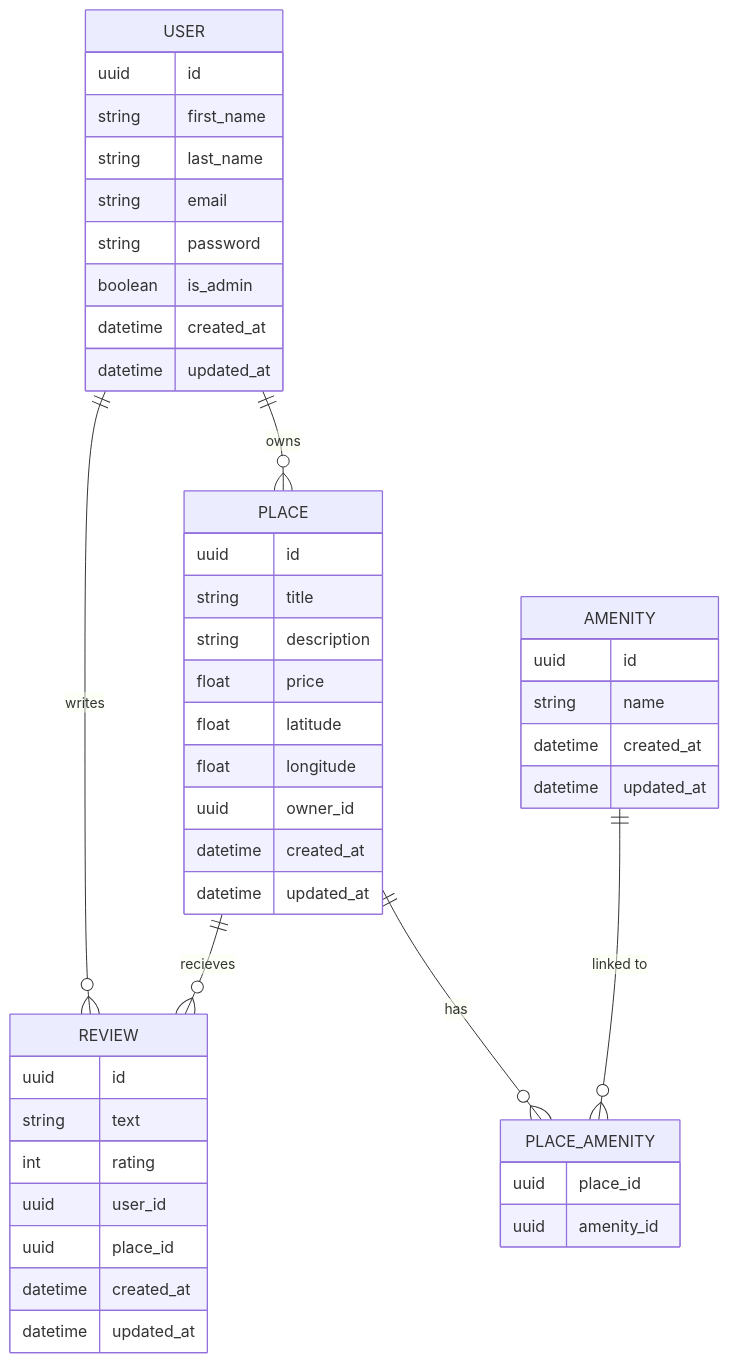
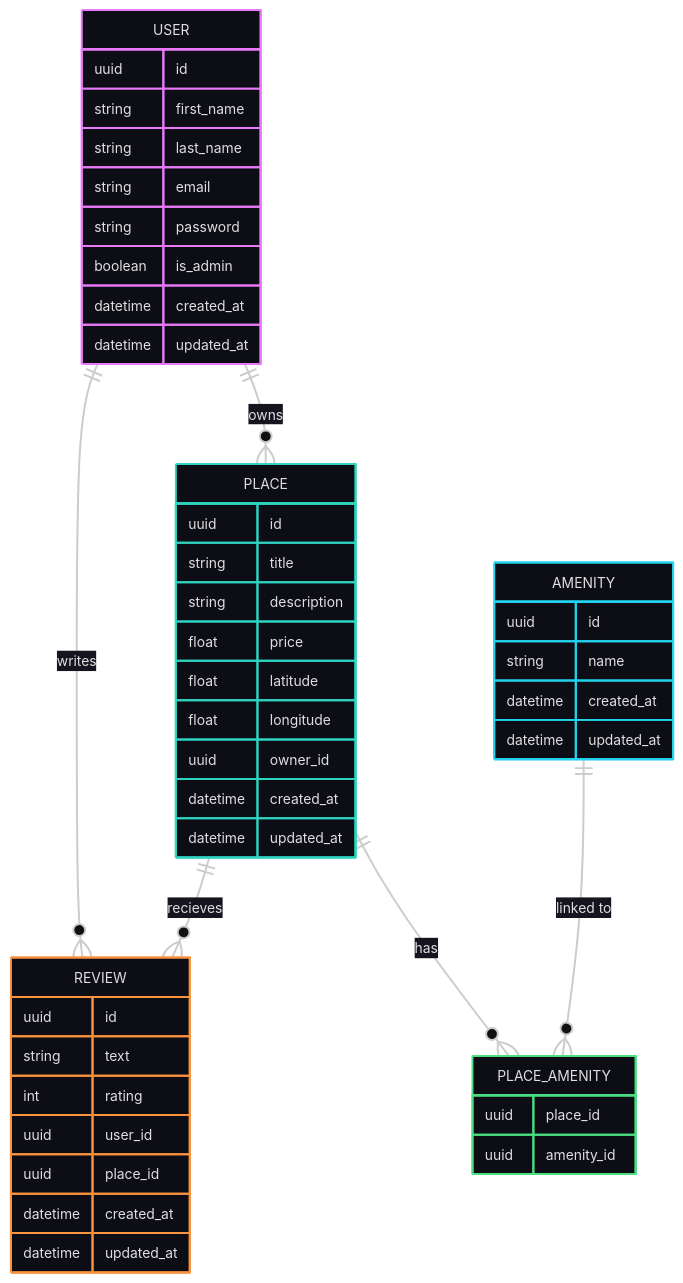
The diagram in part3/hbnb/Diagram.mmd (AGoutieras/holbertonschool-hbnb), drawn with Mermaid before and after one commit.

Commit message:
Update Diagram.mmd configuration and formatting

```diff
--- a/part3/hbnb/Diagram.mmd
+++ b/part3/hbnb/Diagram.mmd
@@ -1,51 +1,57 @@
+---
+config:
+  look: neo
+  theme: redux-dark-color
+  layout: dagre
+---
 erDiagram
     USER {
         uuid id
         string first_name
         string last_name
         string email
         string password
         boolean is_admin
         datetime created_at
         datetime updated_at
     }
 
     PLACE {
         uuid id
         string title
         string description
         float price
         float latitude
         float longitude
         uuid owner_id
         datetime created_at
         datetime updated_at
     }
 
     REVIEW {
         uuid id
         string text
         int rating
         uuid user_id
         uuid place_id
         datetime created_at
         datetime updated_at
     }
 
     AMENITY {
         uuid id
         string name
         datetime created_at
         datetime updated_at
     }
 
     PLACE_AMENITY {
         uuid place_id
         uuid amenity_id
     }
 
     USER ||--o{ PLACE : "owns"
     USER ||--o{ REVIEW : "writes"
     PLACE||--o{ REVIEW : "recieves"
     PLACE||--o{ PLACE_AMENITY : "has"
     AMENITY||--o{ PLACE_AMENITY : "linked to"
```
